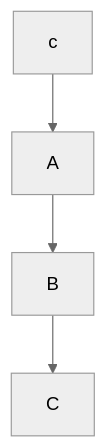
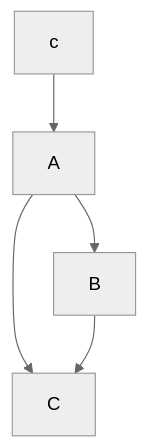
One commit to ShotaDeguchi/PINN_Torch changed the diagram in README.md. Above: the diagram before and after it, drawn with Mermaid (neutral theme).

````diff
--- a/README.md
+++ b/README.md
@@ -5,6 +5,7 @@
 ```mermaid
   graph TD;
     A-->B;
+    A-->C;
     B-->C;
     c-->A;
 ```
````
